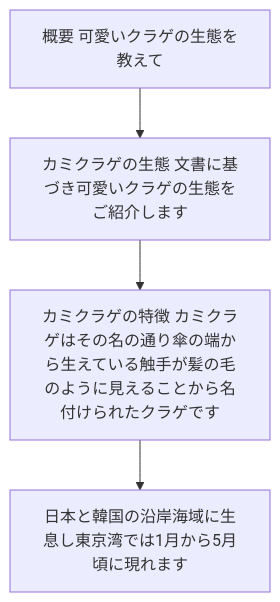
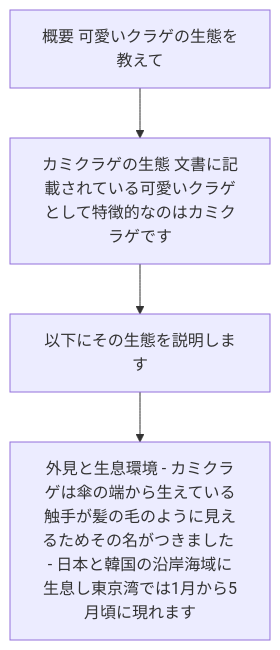
The first of 2 diagrams in frontend/.slidev/slides.md (zhu-xujuan/AIAgentZhu), drawn with Mermaid before and after one commit. The commit also changed other lines of this file and 3 other files, not shown here.

Commit message:
少し複雑の図・フロー・アイコンですが、Slideの場所より別バージョンが作成されています。理由は各場所で表示している内容が違うためです。

````diff
--- a/frontend/.slidev/slides.md
+++ b/frontend/.slidev/slides.md
@@ -30,7 +27,7 @@
 ```mermaid
 flowchart TD
   A[概要 可愛いクラゲの生態を教えて]
-  A --> B[カミクラゲの生態 文書に基づき可愛いクラゲの生態をご紹介します]
-  B --> C[カミクラゲの特徴 カミクラゲはその名の通り傘の端から生えている触手が髪の毛のように見えることから名付けられたクラゲです]
-  C --> D[日本と韓国の沿岸海域に生息し東京湾では1月から5月頃に現れます]
+  A --> B[カミクラゲの生態 文書に記載されている可愛いクラゲとして特徴的なのはカミクラゲです]
+  B --> C[以下にその生態を説明します]
+  C --> D[外見と生息環境 - カミクラゲは傘の端から生えている触手が髪の毛のように見えるためその名がつきました - 日本と韓国の沿岸海域に生息し東京湾では1月から5月頃に現れます]
 ```
````
